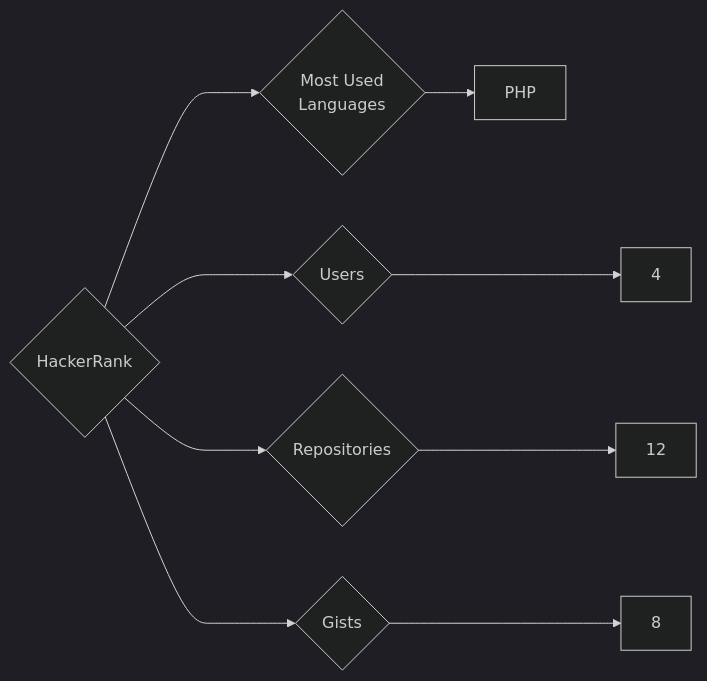
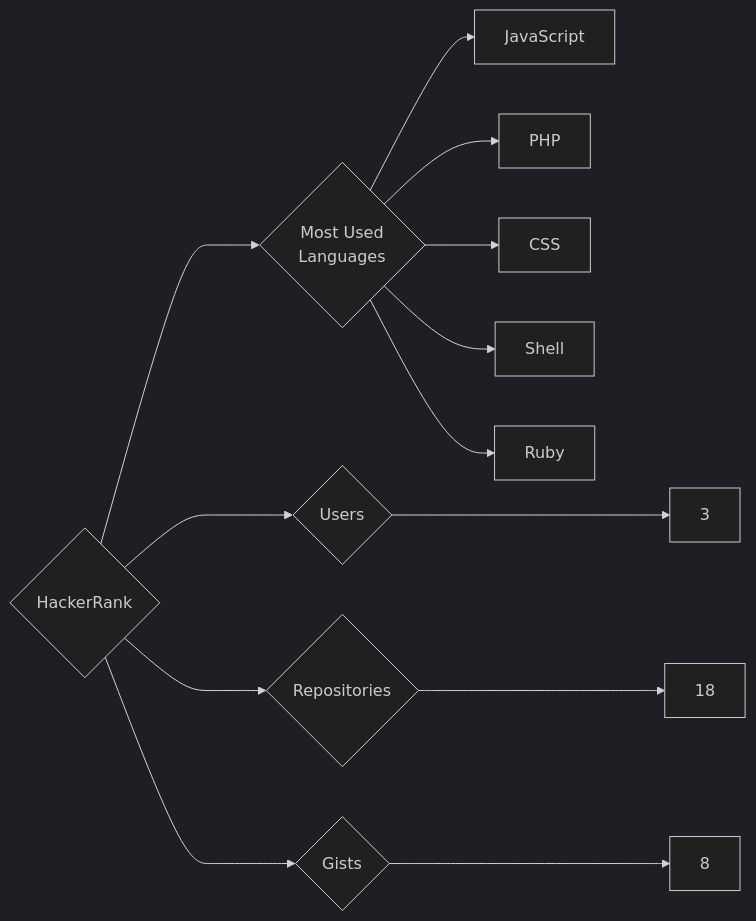
One commit to trickest/insiders changed the diagram in targets/HackerRank/README.md. Above: the diagram before and after it, drawn with Mermaid (dark theme). The commit also changed 534 other files, not shown here.

````diff
--- a/targets/HackerRank/README.md
+++ b/targets/HackerRank/README.md
@@ -3,9 +3,13 @@
 ```mermaid
 graph LR
 COMPANY_NAME{HackerRank}
-COMPANY_NAME ---> U{Users} ---> UN[4]
-COMPANY_NAME ---> R{Repositories} ---> RN[12]
+COMPANY_NAME ---> U{Users} ---> UN[3]
+COMPANY_NAME ---> R{Repositories} ---> RN[18]
 COMPANY_NAME ---> G{Gists} ---> GN[8]
 COMPANY_NAME ---> ML{Most Used<br>Languages}
+ML --> JavaScript[JavaScript]
 ML --> PHP[PHP]
+ML --> CSS[CSS]
+ML --> Shell[Shell]
+ML --> Ruby[Ruby]
 ```
````
